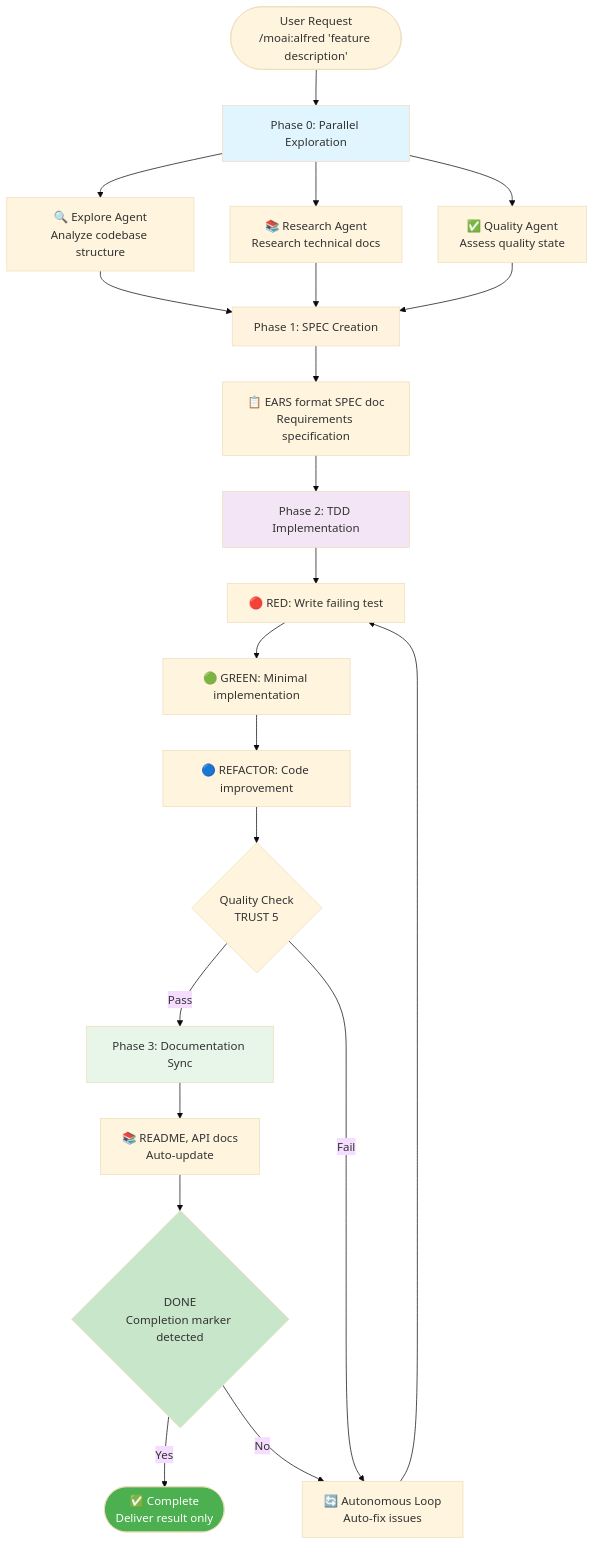
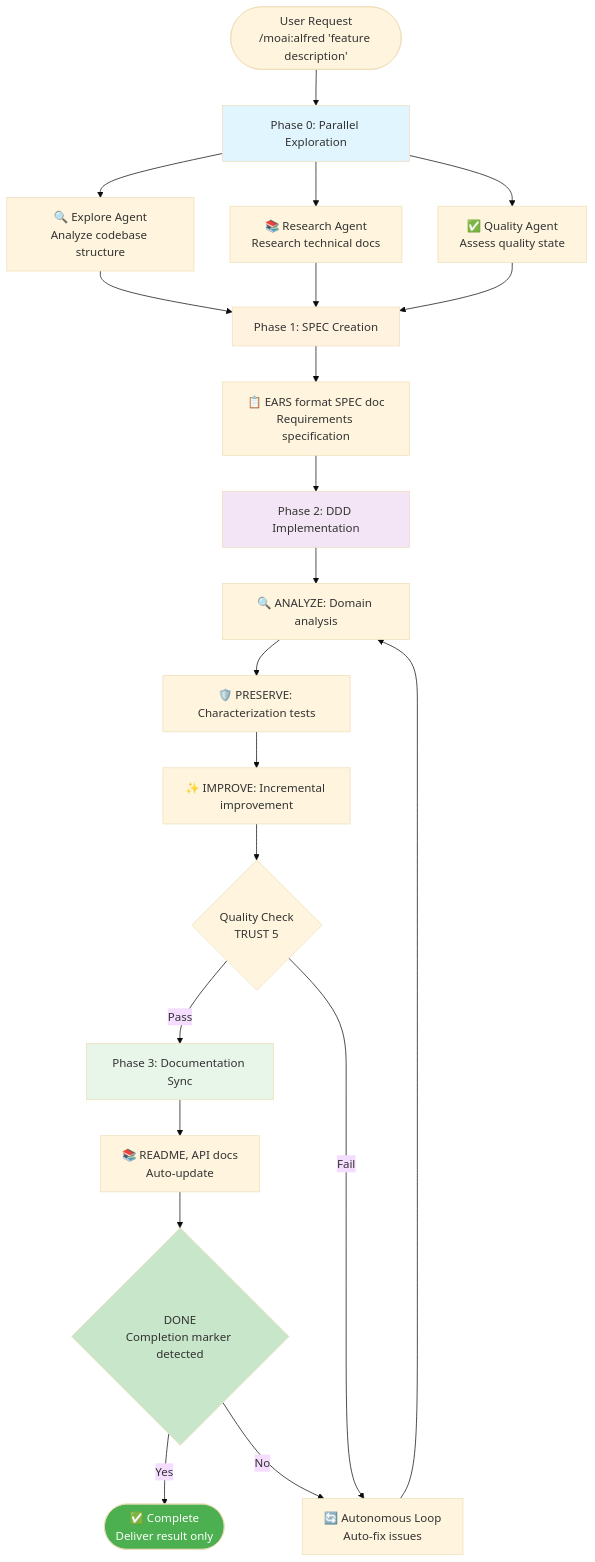
The first of 8 diagrams in README.md (modu-ai/moai-adk), drawn with Mermaid (base theme) before and after one commit. The commit also changed other lines of this file and 125 other files, not shown here.

````diff
--- a/README.md
+++ b/README.md
@@ -538,41 +494,41 @@
 ```mermaid
 flowchart TB
     Start([User Request<br/>/moai:alfred 'feature description']) --> Phase0[Phase 0: Parallel Exploration]
 
     Phase0 --> Explore[🔍 Explore Agent<br/>Analyze codebase structure]
     Phase0 --> Research[📚 Research Agent<br/>Research technical docs]
     Phase0 --> Quality[✅ Quality Agent<br/>Assess quality state]
 
     Explore --> Phase1[Phase 1: SPEC Creation]
     Research --> Phase1
     Quality --> Phase1
 
     Phase1 --> Spec[📋 EARS format SPEC doc<br/>Requirements specification]
 
-    Spec --> Phase2[Phase 2: TDD Implementation]
+    Spec --> Phase2[Phase 2: DDD Implementation]
 
-    Phase2 --> Red[🔴 RED: Write failing test]
-    Red --> Green[🟢 GREEN: Minimal implementation]
-    Green --> Refactor[🔵 REFACTOR: Code improvement]
+    Phase2 --> Analyze[🔍 ANALYZE: Domain analysis]
+    Analyze --> Preserve[🛡️ PRESERVE: Characterization tests]
+    Preserve --> Improve[✨ IMPROVE: Incremental improvement]
 
-    Refactor --> Check{Quality Check<br/>TRUST 5}
+    Improve --> Check{Quality Check<br/>TRUST 5}
 
     Check -->|Pass| Phase3[Phase 3: Documentation Sync]
     Check -->|Fail| Loop[🔄 Autonomous Loop<br/>Auto-fix issues]
 
-    Loop --> Red
+    Loop --> Analyze
 
     Phase3 --> Docs[📚 README, API docs<br/>Auto-update]
 
     Docs --> Done{<moai>DONE</moai><br/>Completion marker detected}
 
     Done -->|Yes| End([✅ Complete<br/>Deliver result only])
     Done -->|No| Loop
 
     style Phase0 fill:#e1f5fe
     style Phase1 fill:#fff3e0
     style Phase2 fill:#f3e5f5
     style Phase3 fill:#e8f5e9
     style Done fill:#c8e6c9
     style End fill:#4caf50,color:#fff
 ```
````
